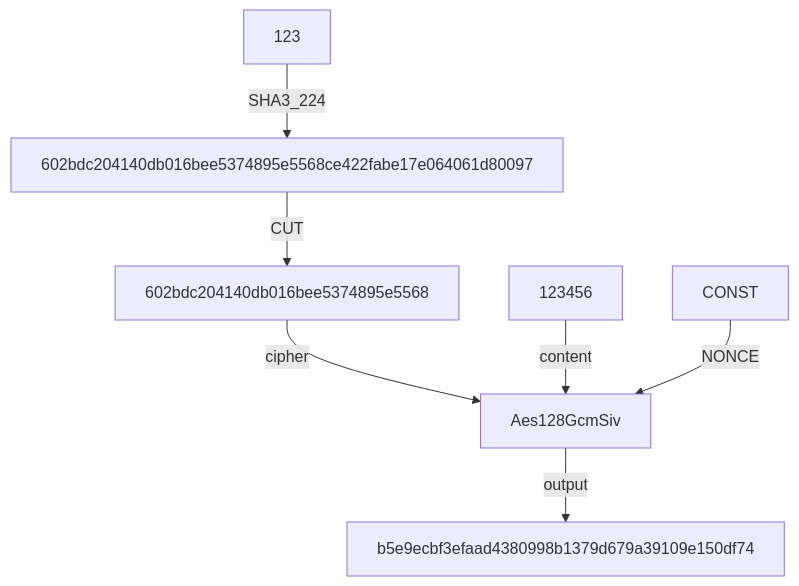
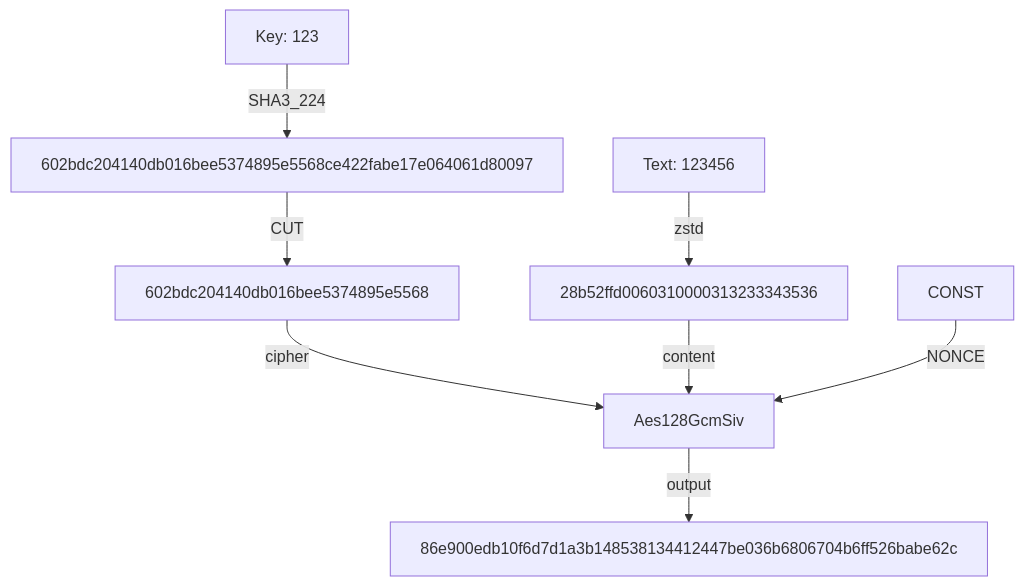
Before and after one commit to lxl66566/git-simple-encrypt: the diagram in docs/README_zh-CN.md, drawn with Mermaid. The commit also changed 12 other files, not shown here.

````diff
--- a/docs/README_zh-CN.md
+++ b/docs/README_zh-CN.md
@@ -47,6 +47,6 @@
 ```mermaid
 graph TD;
-    123 -- SHA3_224 --> 602bdc204140db016bee5374895e5568ce422fabe17e064061d80097 -- CUT --> 602bdc204140db016bee5374895e5568 --cipher--> Aes128GcmSiv  -- output--> b5e9ecbf3efaad4380998b1379d679a39109e150df74
-    123456 --content--> Aes128GcmSiv
+    A[Key: 123] -- SHA3_224 --> 602bdc204140db016bee5374895e5568ce422fabe17e064061d80097 -- CUT --> 602bdc204140db016bee5374895e5568 --cipher--> Aes128GcmSiv  -- output--> 86e900edb10f6d7d1a3b148538134412447be036b6806704b6ff526babe62c
+    B[Text: 123456] --zstd--> 28b52ffd0060310000313233343536 --content--> Aes128GcmSiv
     CONST --NONCE--> Aes128GcmSiv
 ```
````
